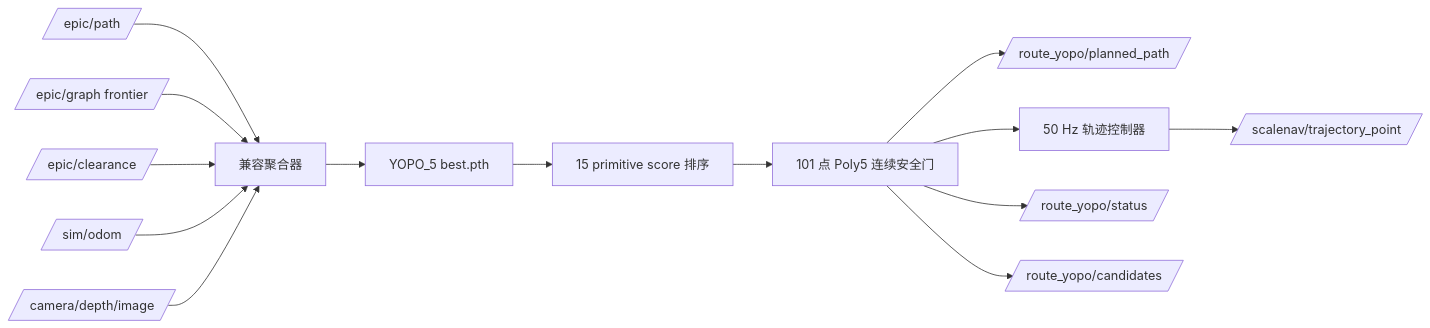
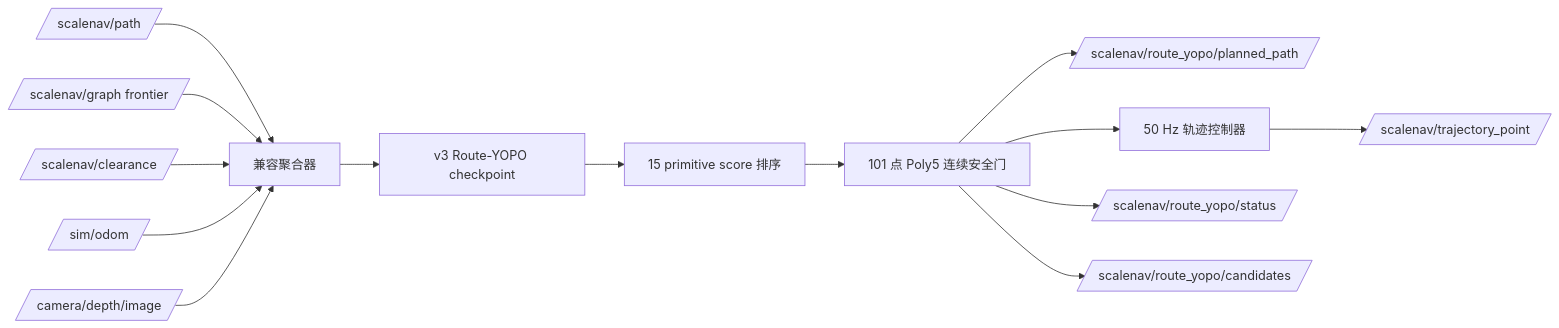
One commit to puffyq/scaleNav changed the third of 3 diagrams in scalenav_ws/docs/YOPO_TRAINING_INTEGRATION_DESIGN.md. Above: the diagram before and after it, drawn with Mermaid. The commit also changed other lines of this file and 3 other files, not shown here.

````diff
--- a/scalenav_ws/docs/YOPO_TRAINING_INTEGRATION_DESIGN.md
+++ b/scalenav_ws/docs/YOPO_TRAINING_INTEGRATION_DESIGN.md
@@ -203,16 +208,16 @@
 ```mermaid
 flowchart LR
-    P[/epic/path/] --> A[兼容聚合器]
-    F[/epic/graph frontier/] --> A
-    C[/epic/clearance/] --> A
+    P[/scalenav/path/] --> A[兼容聚合器]
+    F[/scalenav/graph frontier/] --> A
+    C[/scalenav/clearance/] --> A
     O[/sim/odom/] --> A
     D[/camera/depth/image/] --> A
-    A --> Y[YOPO_5 best.pth]
+    A --> Y[v3 Route-YOPO checkpoint]
     Y --> S[15 primitive score 排序]
     S --> G[101 点 Poly5 连续安全门]
-    G --> SP[/route_yopo/planned_path/]
+    G --> SP[/scalenav/route_yopo/planned_path/]
     G --> CT[50 Hz 轨迹控制器]
     CT --> CMD[/scalenav/trajectory_point/]
-    G --> ST[/route_yopo/status/]
-    G --> MK[/route_yopo/candidates/]
+    G --> ST[/scalenav/route_yopo/status/]
+    G --> MK[/scalenav/route_yopo/candidates/]
 ```
````
